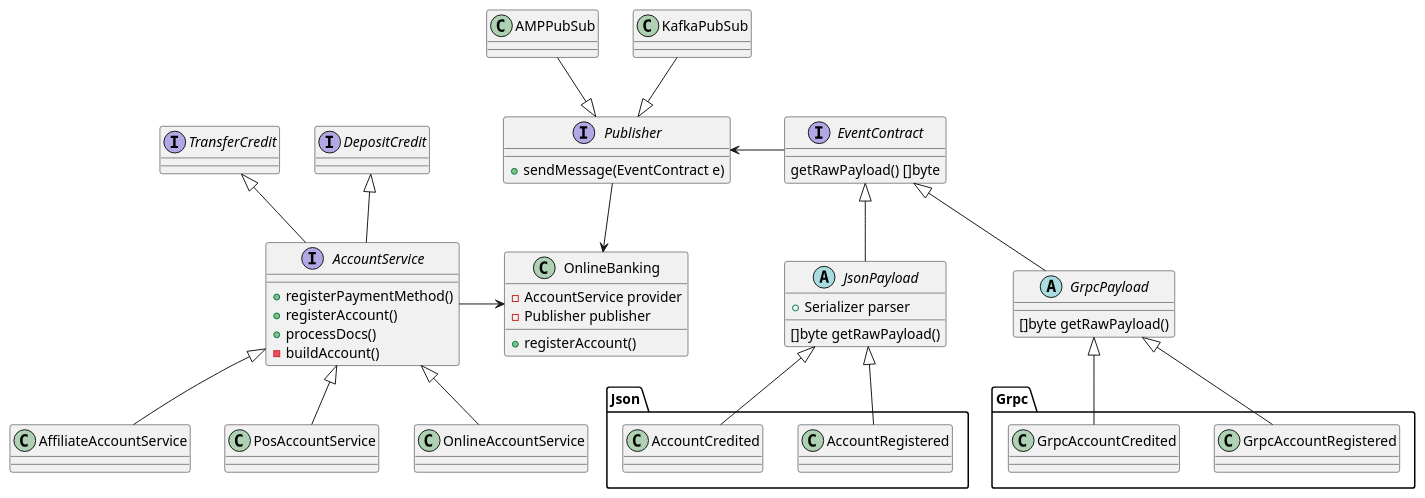
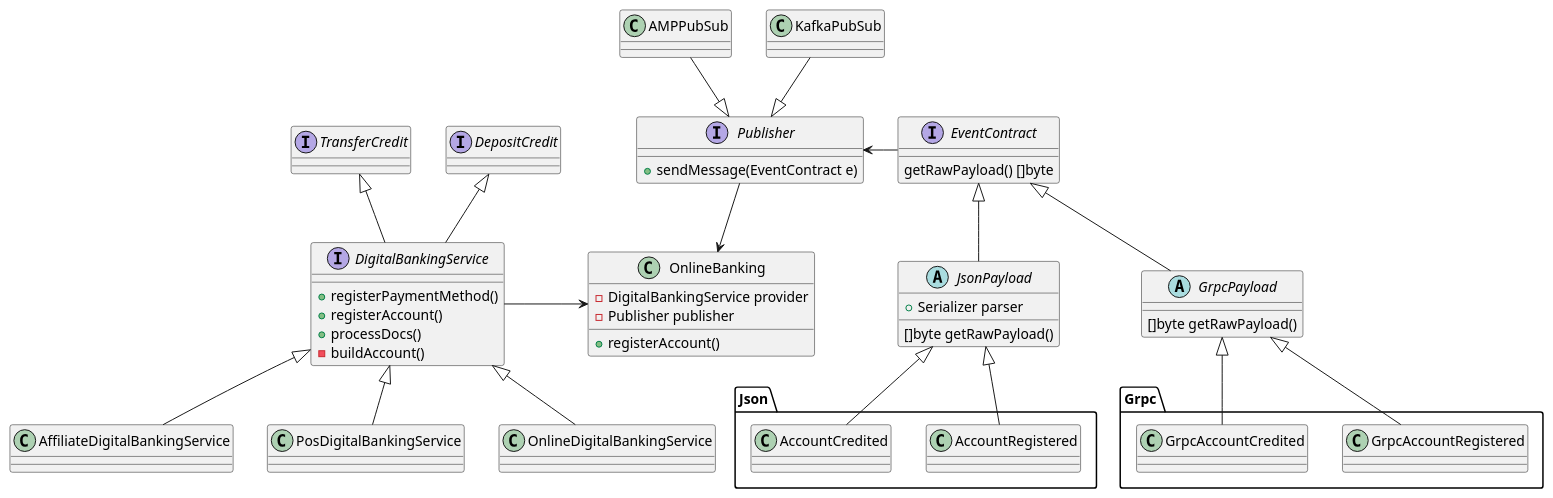
Before and after one commit to weburnit/oop-java: the diagram in src/main/java/mck/Banking.puml, drawn with PlantUML. The commit also changed other lines of this file, not shown here.

Commit message:
[master] UML for Digital Banking Service

```diff
--- a/src/main/java/mck/Banking.puml
+++ b/src/main/java/mck/Banking.puml
@@ -28,67 +1,66 @@
 @startuml
-
-interface AccountService {
+interface DigitalBankingService {
 + registerPaymentMethod()
 + registerAccount()
 + processDocs()
 - buildAccount()
 }
 
-class PosAccountService {}
+class PosDigitalBankingService {}
 
-class OnlineAccountService {}
+class OnlineDigitalBankingService {}
 
-class AffiliateAccountService {}
+class AffiliateDigitalBankingService {}
 
-AccountService <|-- PosAccountService
-AccountService <|-- OnlineAccountService
-AccountService <|-- AffiliateAccountService
+DigitalBankingService <|-- PosDigitalBankingService
+DigitalBankingService <|-- OnlineDigitalBankingService
+DigitalBankingService <|-- AffiliateDigitalBankingService
 
 interface Publisher {
     + sendMessage(EventContract e)
 }
 
 interface EventContract {
     getRawPayload() []byte
 }
 
 EventContract -left-> Publisher
 
 abstract class JsonPayload {
     + Serializer parser
     []byte getRawPayload() 
 }
 
 EventContract <|-- JsonPayload
 
 package Json {
     JsonPayload <|-- AccountRegistered
     JsonPayload <|-- AccountCredited
 }
 
 abstract class GrpcPayload {
     []byte getRawPayload()
 }
 EventContract <|-- GrpcPayload
 
 package Grpc {
    GrpcPayload <|-- GrpcAccountRegistered
    GrpcPayload <|-- GrpcAccountCredited
 }
 Publisher <|-up- KafkaPubSub
 Publisher <|-up- AMPPubSub
 
 class OnlineBanking {
-   - AccountService provider
+   - DigitalBankingService provider
    - Publisher publisher
    + registerAccount()
 }
 
 Publisher -down-> OnlineBanking
-AccountService -right-> OnlineBanking
+DigitalBankingService -right-> OnlineBanking
 
 interface TransferCredit
 interface DepositCredit
-TransferCredit <|-- AccountService
-DepositCredit <|-- AccountService
+TransferCredit <|-- DigitalBankingService
+DepositCredit <|-- DigitalBankingService
 @enduml
```
